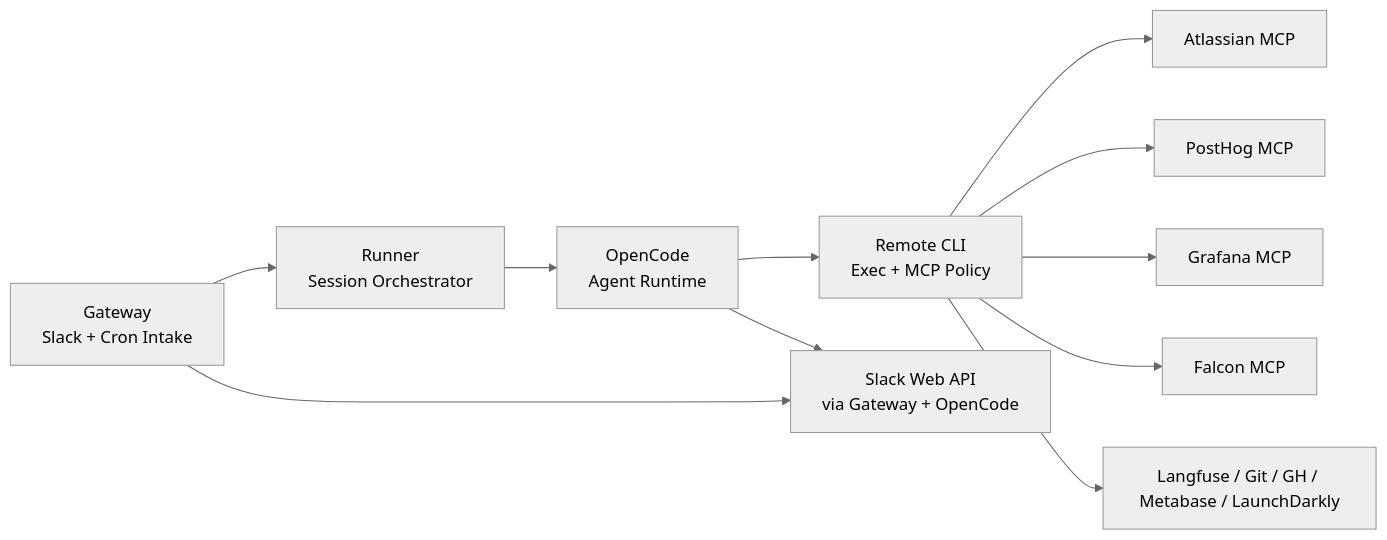
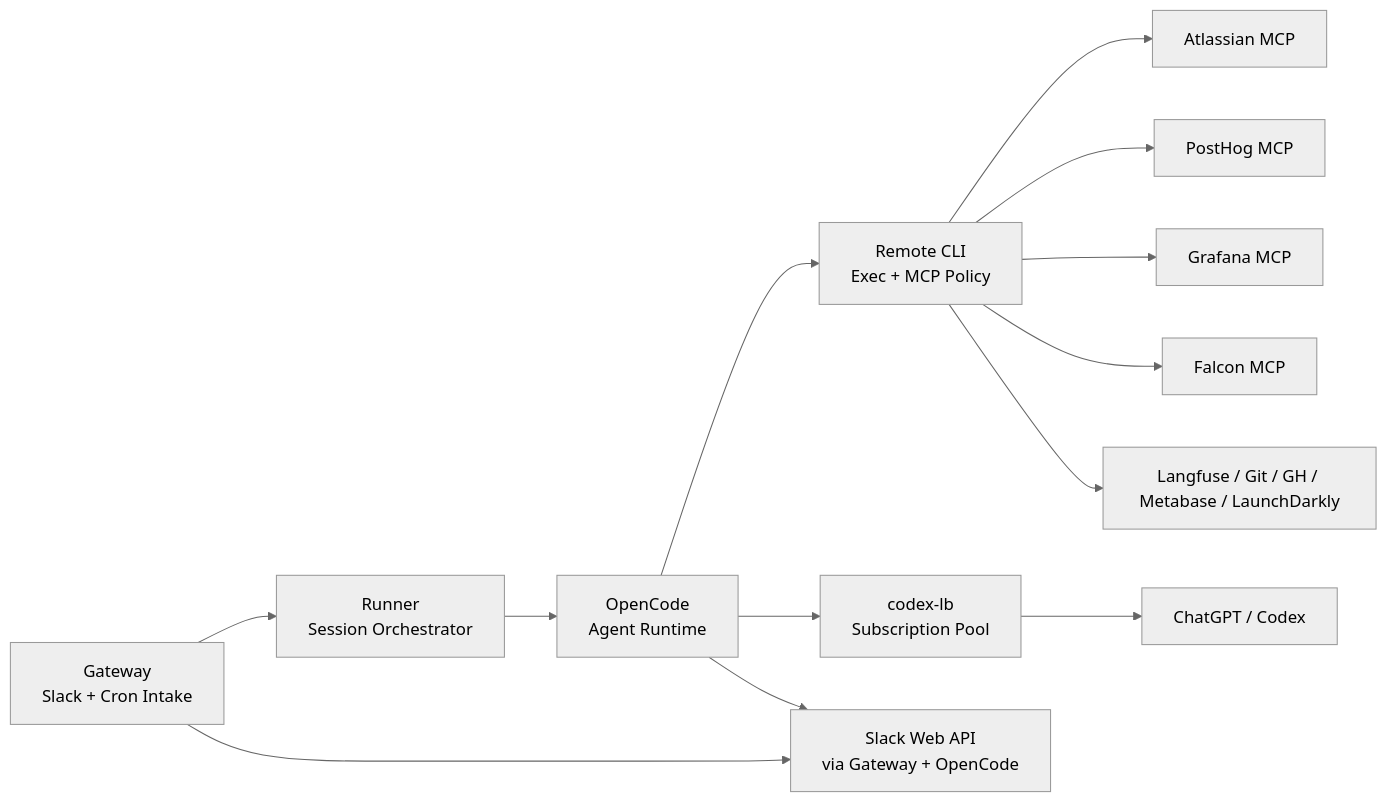
The diagram in docs/feat/mvp.md (scoutqa-dot-ai/thor), drawn with Mermaid (neutral theme) before and after one commit. The commit also changed other lines of this file and 62 other files, not shown here.

````diff
--- a/docs/feat/mvp.md
+++ b/docs/feat/mvp.md
@@ -7,26 +7,29 @@
 ```mermaid
 flowchart LR
 
     A[OpenCode<br/>Agent Runtime]
     B[Runner<br/>Session Orchestrator]
     C[Gateway<br/>Slack + Cron Intake]
     D[Remote CLI<br/>Exec + MCP Policy]
+    L[codex-lb<br/>Subscription Pool]
 
     F[Atlassian MCP]
     G[PostHog MCP]
     H[Grafana MCP]
     K[Falcon MCP]
     I[Langfuse / Git / GH / Metabase / LaunchDarkly]
     J[Slack Web API<br/>via Gateway + OpenCode]
 
     C --> B
     B --> A
     A --> D
+    A --> L
+    L --> M[ChatGPT / Codex]
     C --> J
     A --> J
     D --> F
     D --> G
     D --> H
     D --> K
     D --> I
 ```
````
